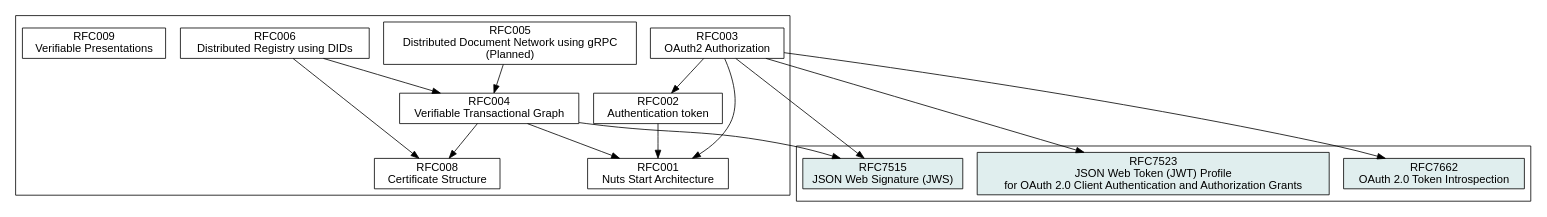
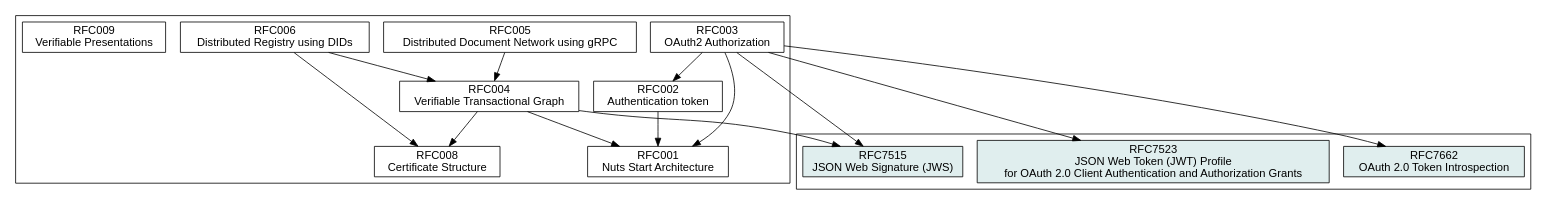
One commit to nuts-foundation/nuts-specification changed the diagram in .gitbook/source/spec-relations.dot. Above: the diagram before and after it, drawn with Graphviz. The commit also changed 1 other file, not shown here.

Commit message:
Added RFC005 to index

```diff
--- a/.gitbook/source/spec-relations.dot
+++ b/.gitbook/source/spec-relations.dot
@@ -1,43 +1,43 @@
 digraph D {
     graph [fontname = "helvetica"];
     node [fontname = "helvetica",shape=box];
     edge [fontname = "helvetica"];
     root = RFC001;
     overlap = false;
 
     // Internal RFCs
     subgraph cluster_internal {
         RFC001 [label = "RFC001\nNuts Start Architecture",href = "rfc001-nuts-start-architecture"];
         RFC002 [label = "RFC002\nAuthentication token",href = "rfc002-authentication-token"];
         RFC003 [label = "RFC003\nOAuth2 Authorization",href = "rfc003-oauth2-authorization"];
         RFC004 [label = "RFC004\nVerifiable Transactional Graph",href = "rfc004-verifiable-transactional-graph"];
-        RFC005 [label = "RFC005\nDistributed Document Network using gRPC\n(Planned)",href = "rfc005-distributed-document-network-grpc"];
+        RFC005 [label = "RFC005\nDistributed Document Network using gRPC",href = "rfc005-distributed-document-network-grpc"];
         RFC006 [label = "RFC006\nDistributed Registry using DIDs",href = "rfc006-distributed-registry"];
         RFC008 [label = "RFC008\nCertificate Structure",href = "rfc008-certificate-structure"];
         RFC009 [label = "RFC009\nVerifiable Presentations",href = "rfc009-verifiable-presentations"];
     }
 
     // External RFCs
     subgraph cluster_external {
         RFC7662_EXT [label = "RFC7662\nOAuth 2.0 Token Introspection", href = "https://tools.ietf.org/html/rfc7662", fillcolor = azure2, style = filled]
         RFC7523_EXT [label = "RFC7523\nJSON Web Token (JWT) Profile\nfor OAuth 2.0 Client Authentication and Authorization Grants", href = "https://tools.ietf.org/html/rfc7523", fillcolor = azure2, style = filled,]
         RFC7515_EXT [label = "RFC7515\nJSON Web Signature (JWS)", href = "https://tools.ietf.org/html/rfc7515", fillcolor = azure2, style = filled]
     }
 
     RFC002 -> RFC001
 
     RFC003 -> RFC001
     RFC003 -> RFC002
     RFC003 -> RFC7662_EXT
     RFC003 -> RFC7523_EXT
     RFC003 -> RFC7515_EXT
 
     RFC004 -> RFC001
     RFC004 -> RFC7515_EXT
     RFC004 -> RFC008
 
     RFC005 -> RFC004
 
     RFC006 -> RFC004
     RFC006 -> RFC008
 }
```
